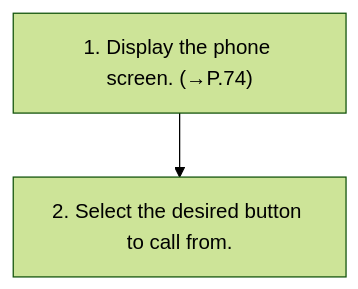
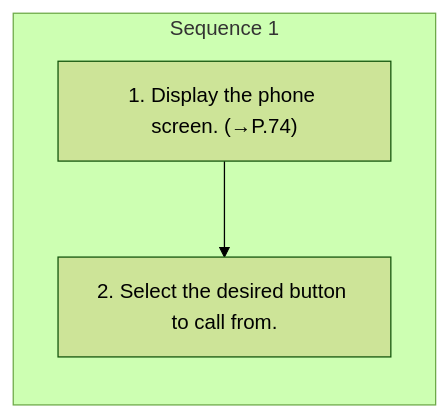
One commit to Chieko-Y/my-spec-generator changed the diagram in workspace/subaru/outback-2026/ivi/published/phone/7-calling-on-the-bluetooth-phone.md. Above: the diagram before and after it, drawn with Mermaid (forest theme). The commit also changed other lines of this file and 268 other files, not shown here.

````diff
--- a/workspace/subaru/outback-2026/ivi/published/phone/7-calling-on-the-bluetooth-phone.md
+++ b/workspace/subaru/outback-2026/ivi/published/phone/7-calling-on-the-bluetooth-phone.md
@@ -9,6 +9,9 @@
 ```mermaid
 flowchart TD
-    S1["1. Display the phone screen. (→P.74)"]
-    S2["2. Select the desired button to call from."]
-    S1 --> S2
+    subgraph SEQ1["Sequence 1"]
+    direction TB
+    S1_1["1. Display the phone screen. (→P.74)"]
+    S1_2["2. Select the desired button to call from."]
+    S1_1 --> S1_2
+    end
 ```
````
